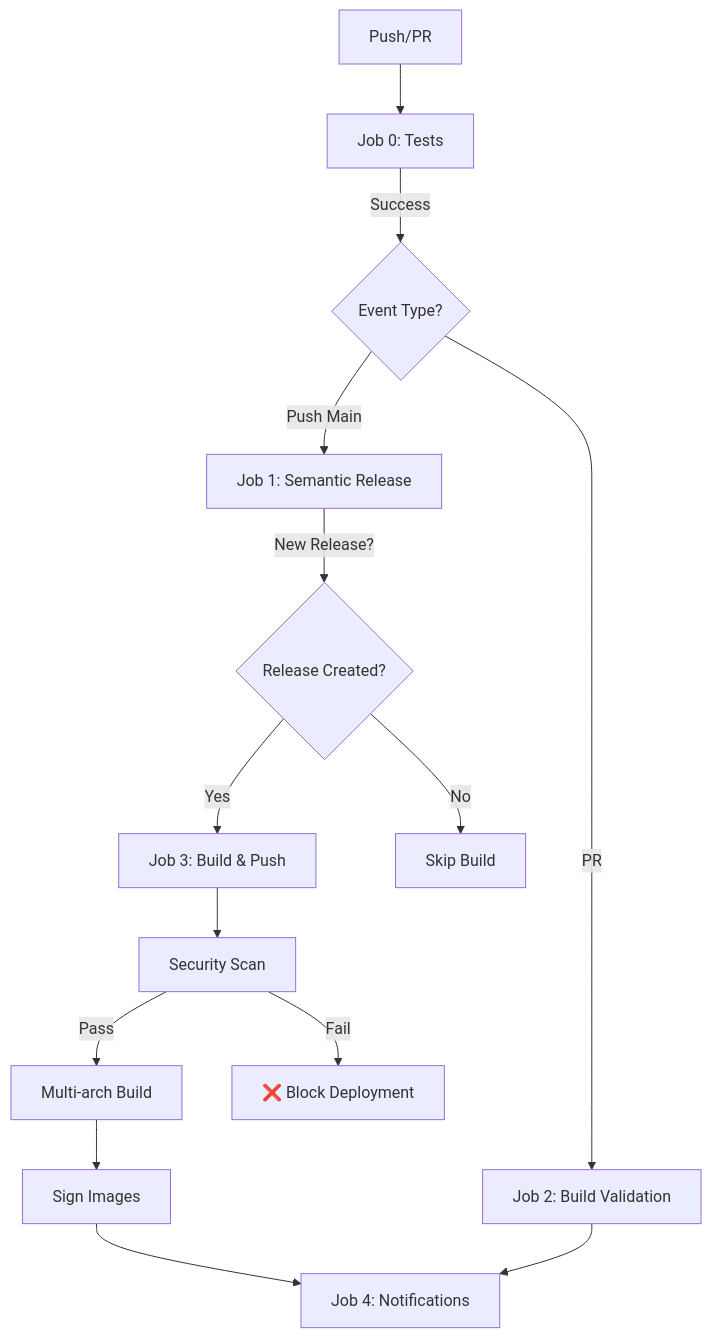
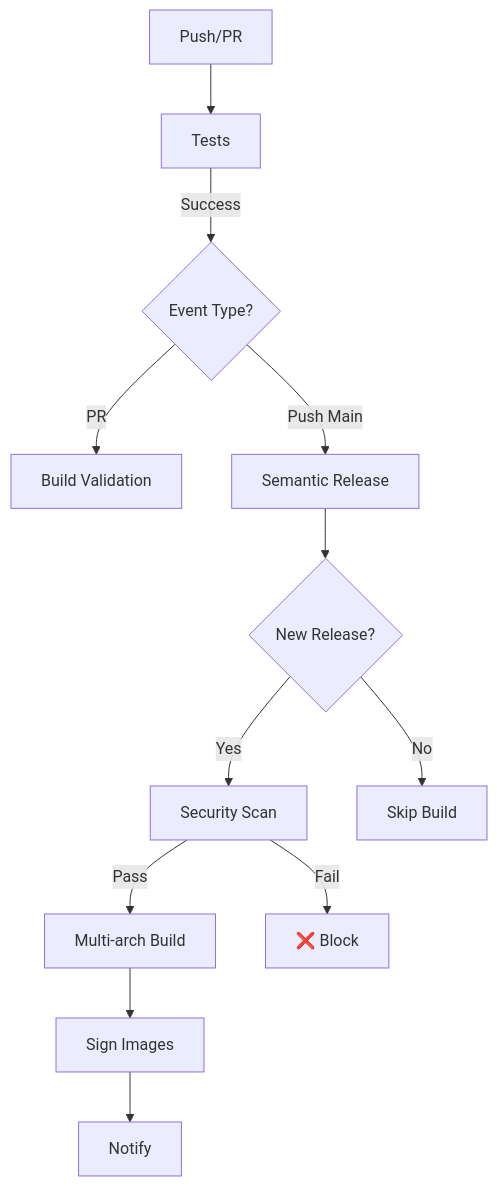
One commit to bidabil/1min-Getway changed the diagram in docs/CI-CD-DOCUMENTATION.md. Above: the diagram before and after it, drawn with Mermaid. The commit also changed other lines of this file and 7 other files, not shown here.

````diff
--- a/docs/CI-CD-DOCUMENTATION.md
+++ b/docs/CI-CD-DOCUMENTATION.md
@@ -31,16 +35,14 @@
 ```mermaid
 graph TD
-    A[Push/PR] --> B[Job 0: Tests]
+    A[Push/PR] --> B[Tests]
     B -->|Success| C{Event Type?}
-    C -->|PR| D[Job 2: Build Validation]
-    C -->|Push Main| E[Job 1: Semantic Release]
-    E -->|New Release?| F{Release Created?}
-    F -->|Yes| G[Job 3: Build & Push]
+    C -->|PR| D[Build Validation]
+    C -->|Push Main| E[Semantic Release]
+    E --> F{New Release?}
+    F -->|Yes| G[Security Scan]
     F -->|No| H[Skip Build]
-    G --> I[Security Scan]
-    I -->|Pass| J[Multi-arch Build]
-    I -->|Fail| K[❌ Block Deployment]
-    J --> L[Sign Images]
-    L --> M[Job 4: Notifications]
-    D --> M
+    G -->|Pass| I[Multi-arch Build]
+    G -->|Fail| J[❌ Block]
+    I --> K[Sign Images]
+    K --> L[Notify]
 ```
````
